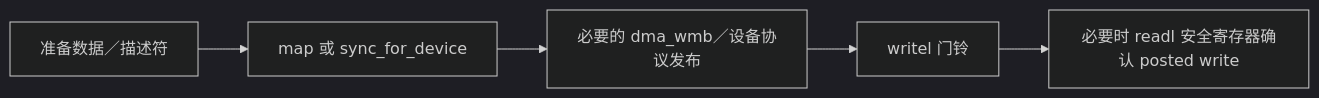
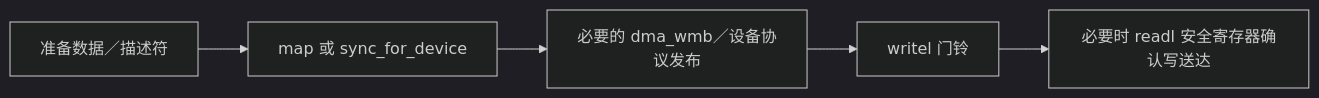
Before and after one commit to FormingSystem/linux_note: the fourth of 5 diagrams in knowledge/linux/io_model/dma/P01_DMA_映射同步与门铃顺序.md, drawn with Mermaid (dark theme). The commit also changed other lines of this file and 6 other files, not shown here.

````diff
--- a/knowledge/linux/io_model/dma/P01_DMA_映射同步与门铃顺序.md
+++ b/knowledge/linux/io_model/dma/P01_DMA_映射同步与门铃顺序.md
@@ -210,7 +288,7 @@
 ```mermaid
 flowchart LR
     A[准备数据／描述符] --> B[map 或 sync_for_device]
     B --> C[必要的 dma_wmb／设备协议发布]
     C --> D[writel 门铃]
-    D --> E[必要时 readl 安全寄存器确认 posted write]
+    D --> E[必要时 readl 安全寄存器确认写送达]
 ```
````
